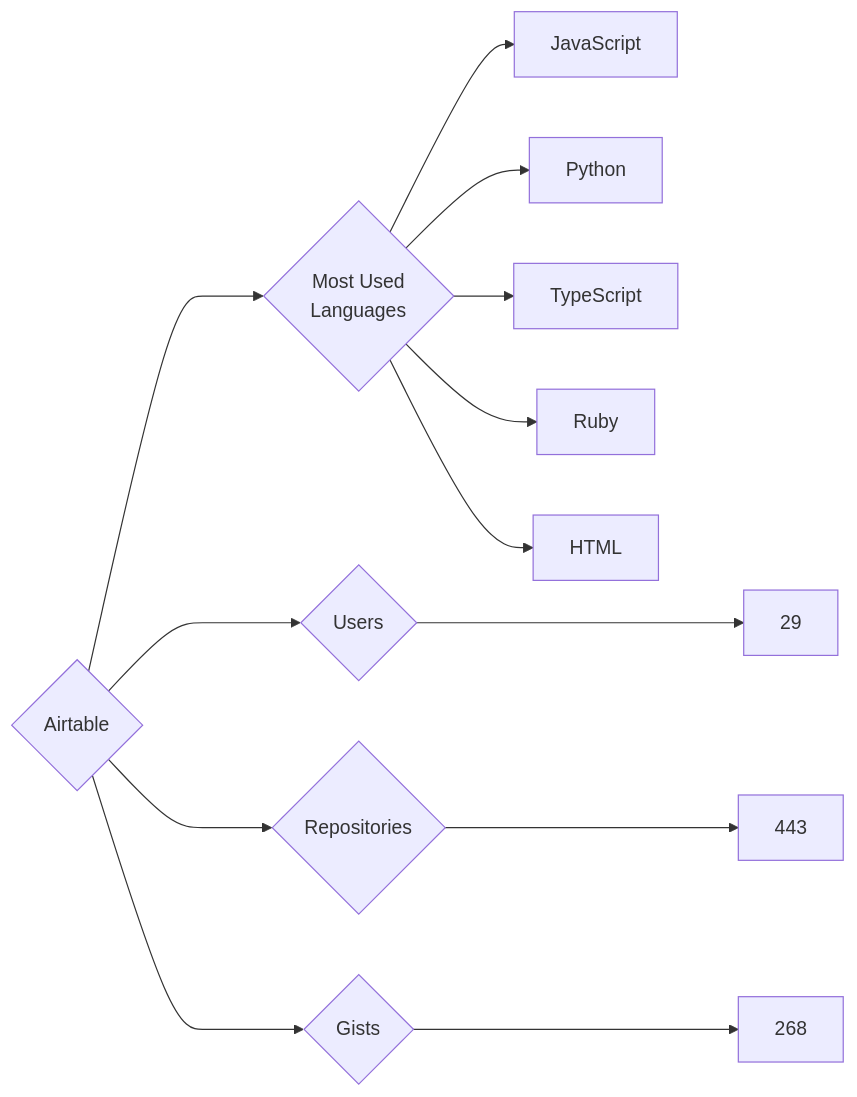
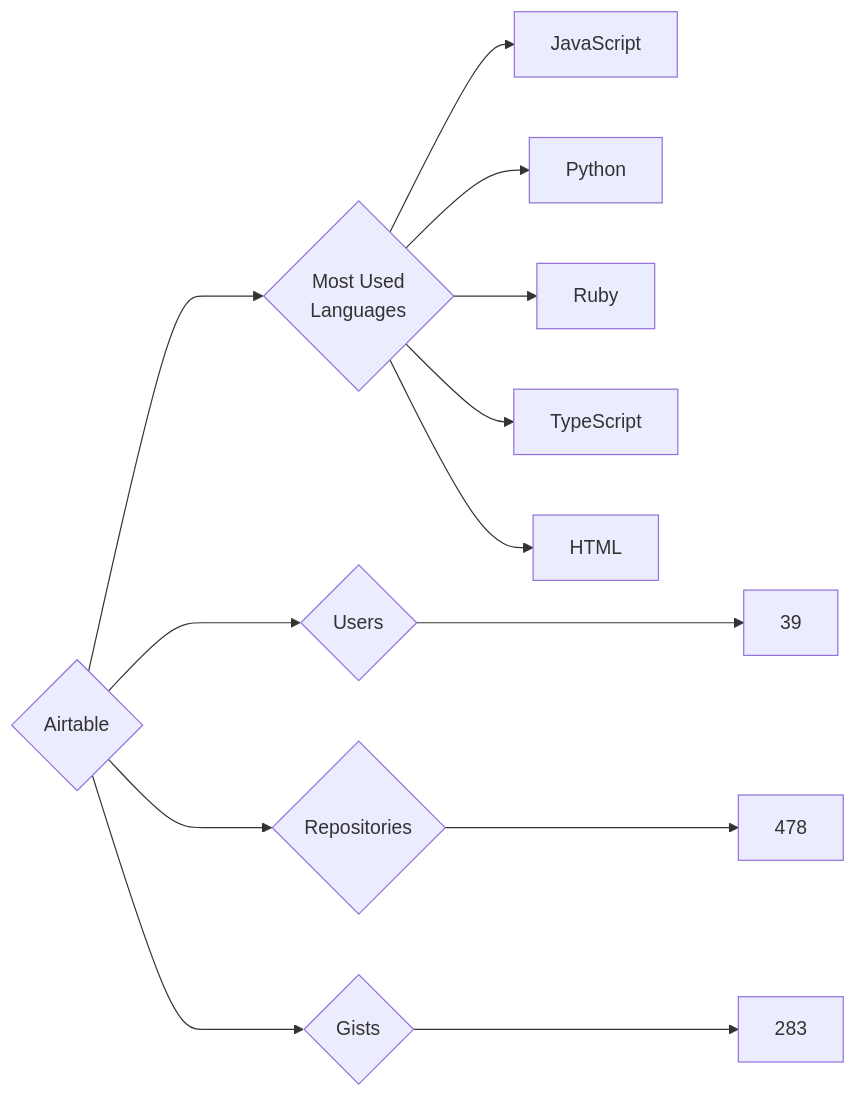
One commit to trickest/insiders changed the diagram in targets/Airtable/README.md. Above: the diagram before and after it, drawn with Mermaid. The commit also changed 639 other files, not shown here.

````diff
--- a/targets/Airtable/README.md
+++ b/targets/Airtable/README.md
@@ -3,13 +3,13 @@
 ```mermaid
 graph LR
 COMPANY_NAME{Airtable}
-COMPANY_NAME ---> U{Users} ---> UN[29]
-COMPANY_NAME ---> R{Repositories} ---> RN[443]
-COMPANY_NAME ---> G{Gists} ---> GN[268]
+COMPANY_NAME ---> U{Users} ---> UN[39]
+COMPANY_NAME ---> R{Repositories} ---> RN[478]
+COMPANY_NAME ---> G{Gists} ---> GN[283]
 COMPANY_NAME ---> ML{Most Used<br>Languages}
 ML --> JavaScript[JavaScript]
 ML --> Python[Python]
+ML --> Ruby[Ruby]
 ML --> TypeScript[TypeScript]
-ML --> Ruby[Ruby]
 ML --> HTML[HTML]
 ```
````
